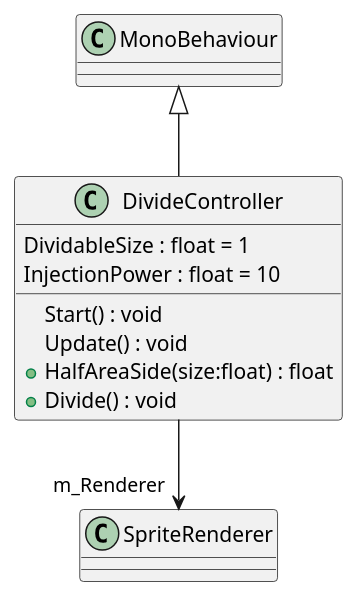
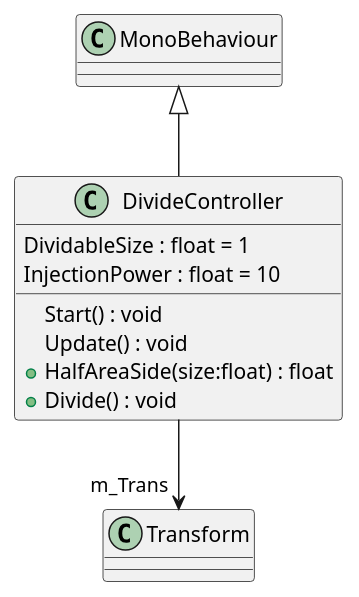
Before and after one commit to MainCastle1212/EverythingEater: the diagram in plantuml/Players/DivideController.puml, drawn with PlantUML. The commit also changed 15 other files, not shown here.

```diff
--- a/plantuml/Players/DivideController.puml
+++ b/plantuml/Players/DivideController.puml
@@ -1,12 +1,12 @@
 @startuml
 class DivideController {
     DividableSize : float = 1
     InjectionPower : float = 10
     Start() : void
     Update() : void
     + HalfAreaSide(size:float) : float
     + Divide() : void
 }
 MonoBehaviour <|-- DivideController
-DivideController --> "m_Renderer" SpriteRenderer
+DivideController --> "m_Trans" Transform
 @enduml
```
